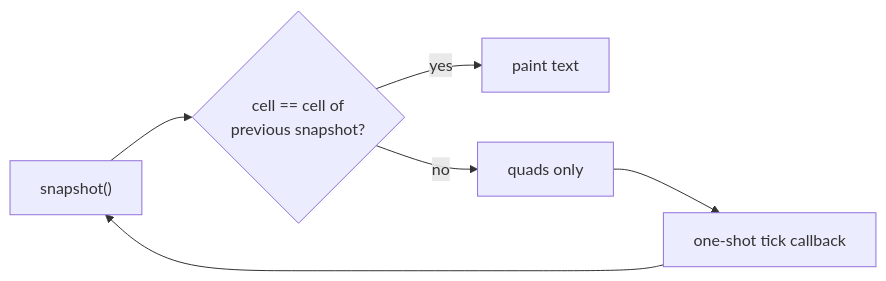
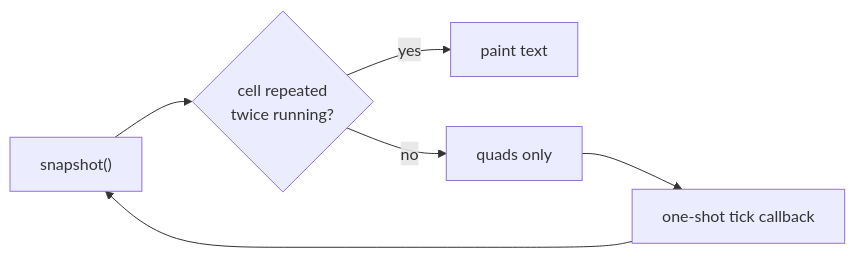
The diagram in docs/dev/RENDERING.md (zhaob1n/mirai), drawn with Mermaid before and after one commit. The commit also changed other lines of this file and 2 other files, not shown here.

First line of the commit message:
perf: one repeated cell is not a settled cell

````diff
--- a/docs/dev/RENDERING.md
+++ b/docs/dev/RENDERING.md
@@ -200,8 +202,8 @@
 ```mermaid
 flowchart LR
-    S["snapshot()"] --> Q{"cell == cell of<br/>previous snapshot?"}
+    S["snapshot()"] --> Q{"cell repeated<br/>twice running?"}
     Q -- yes --> P["paint text"]
     Q -- no --> D["quads only"]
     D --> T["one-shot tick callback"]
     T --> S
 ```
````
